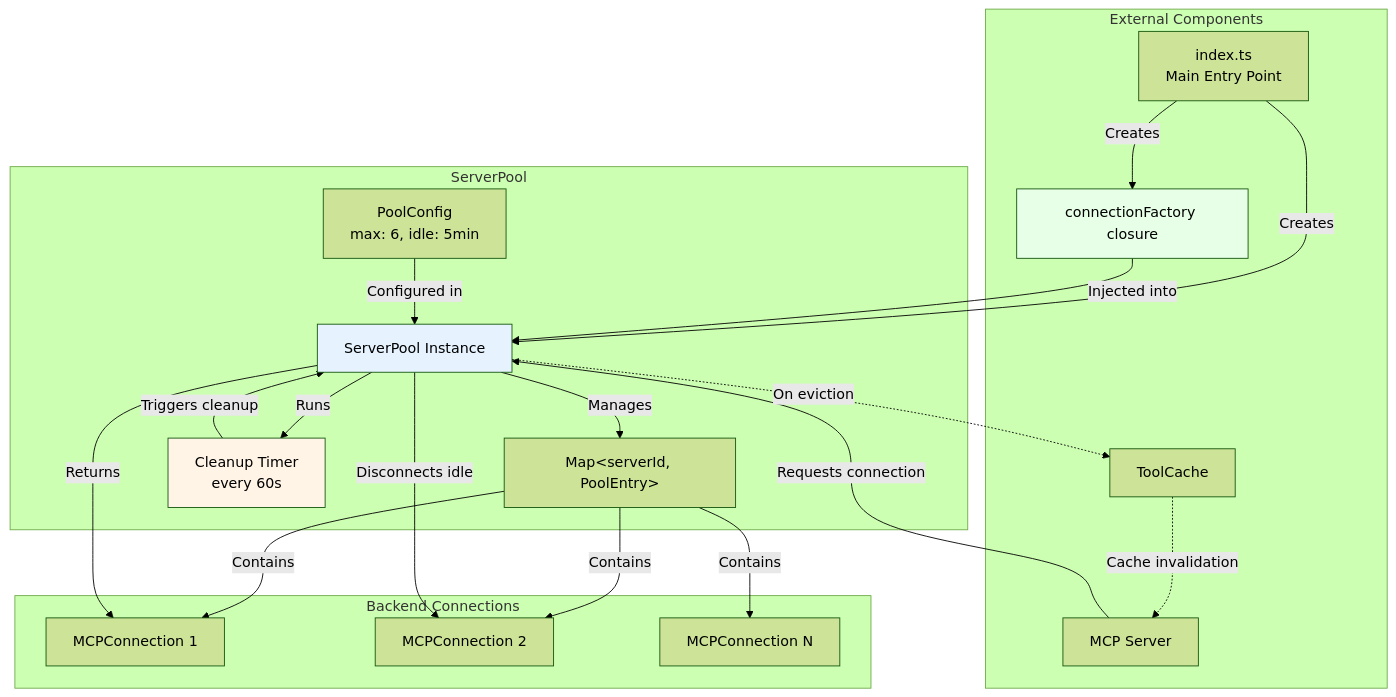
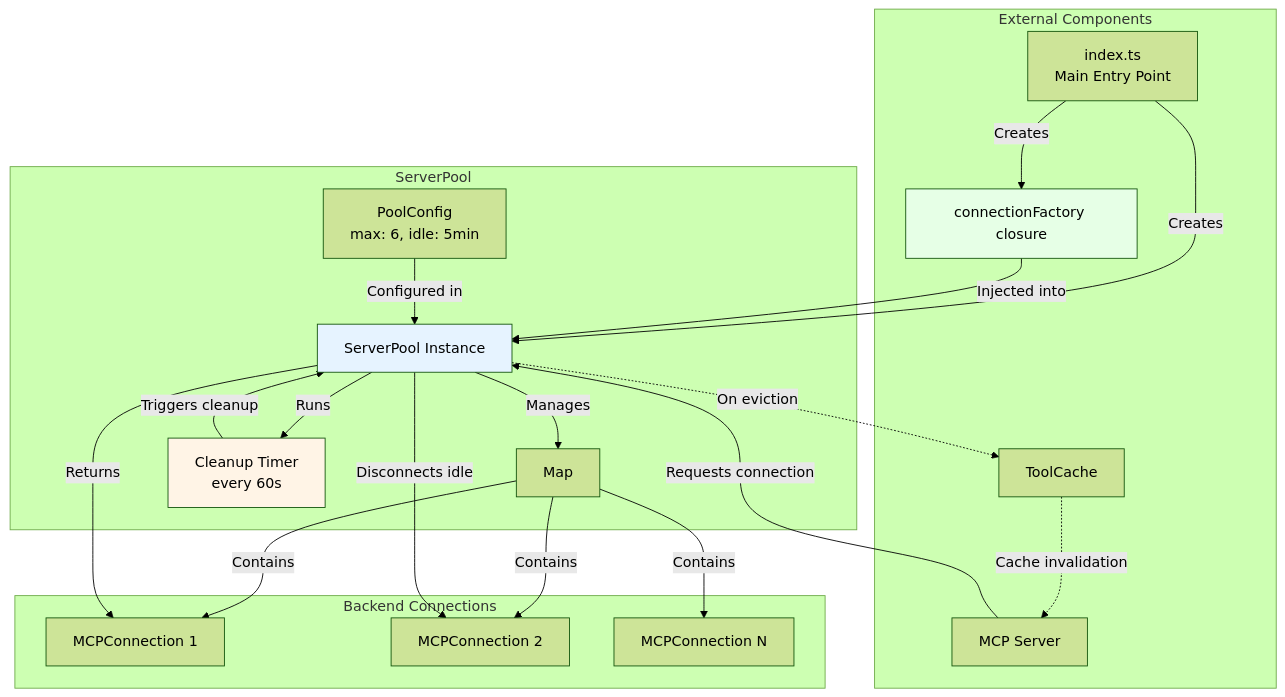
One commit to blueman82/mcp-exec changed the ninth of 12 diagrams in projects/meta-mcp-server/docs/diagrams/05-server-pool-architecture.md. Above: the diagram before and after it, drawn with Mermaid (forest theme). The commit also changed other lines of this file and 4 other files, not shown here.

First line of the commit message:
fix: Comprehensive Mermaid syntax fixes across all diagrams

````diff
--- a/projects/meta-mcp-server/docs/diagrams/05-server-pool-architecture.md
+++ b/projects/meta-mcp-server/docs/diagrams/05-server-pool-architecture.md
@@ -304,47 +304,47 @@
 ```mermaid
 graph TB
     subgraph "External Components"
         INDEX[index.ts<br/>Main Entry Point]
         FACTORY[connectionFactory closure]
         CACHE[ToolCache]
         SERVER[MCP Server]
     end
 
     subgraph "ServerPool"
         POOL[ServerPool Instance]
         CONFIG[PoolConfig<br/>max: 6, idle: 5min]
-        ENTRIES[Map&lt;serverId, PoolEntry&gt;]
+        ENTRIES[Map<serverId, PoolEntry>]
         TIMER[Cleanup Timer<br/>every 60s]
     end
 
     subgraph "Backend Connections"
         CONN1[MCPConnection 1]
         CONN2[MCPConnection 2]
         CONN3[MCPConnection N]
     end
 
     INDEX -->|Creates| FACTORY
     INDEX -->|Creates| POOL
     FACTORY -->|Injected into| POOL
     CONFIG -->|Configured in| POOL
 
     POOL -->|Manages| ENTRIES
     POOL -->|Runs| TIMER
 
     ENTRIES -->|Contains| CONN1
     ENTRIES -->|Contains| CONN2
     ENTRIES -->|Contains| CONN3
 
     SERVER -->|Requests connection| POOL
     POOL -->|Returns| CONN1
 
     TIMER -->|Triggers cleanup| POOL
     POOL -->|Disconnects idle| CONN2
 
     POOL -.->|On eviction| CACHE
     CACHE -.->|Cache invalidation| SERVER
 
     style POOL fill:#e6f3ff
     style TIMER fill:#fff4e6
     style FACTORY fill:#e6ffe6
 ```
````
